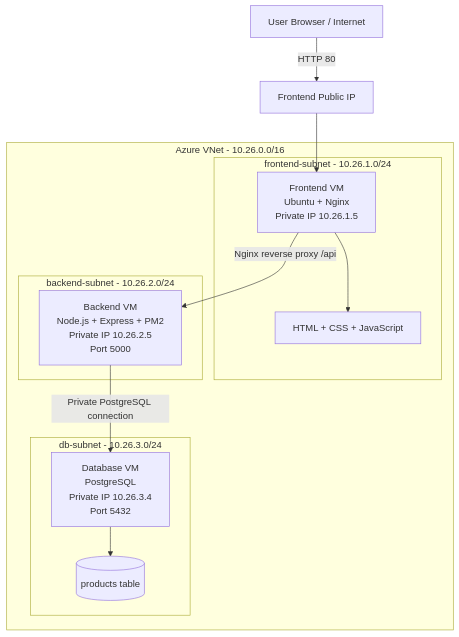
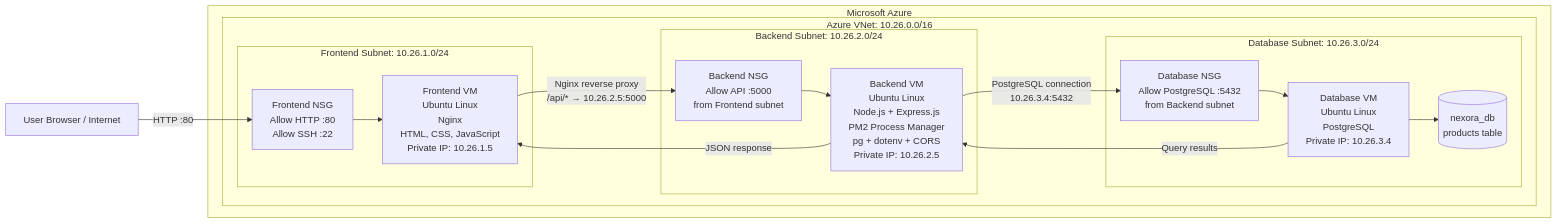
The diagram in README.md (jayvaisakh/nexora-azure-3tier-project), drawn with Mermaid before and after one commit.

Commit message:
Update architecture diagram to improve clarity

````diff
--- a/README.md
+++ b/README.md
@@ -20,27 +20,35 @@
 ```mermaid
-flowchart TD
-    USER[User Browser / Internet]
-    PIP[Frontend Public IP]
+flowchart LR
+    USER["User Browser / Internet"]
 
-    subgraph AZURE[Azure VNet - 10.26.0.0/16]
-        subgraph FRONTEND[frontend-subnet - 10.26.1.0/24]
-            FVM[Frontend VM\nUbuntu + Nginx\nPrivate IP 10.26.1.5]
-            UI[HTML + CSS + JavaScript]
-            FVM --> UI
-        end
+    subgraph AZURE["Microsoft Azure"]
+        subgraph VNET["Azure VNet: 10.26.0.0/16"]
 
-        subgraph BACKEND[backend-subnet - 10.26.2.0/24]
-            BVM[Backend VM\nNode.js + Express + PM2\nPrivate IP 10.26.2.5\nPort 5000]
-        end
+            subgraph FRONTEND_SUBNET["Frontend Subnet: 10.26.1.0/24"]
+                FRONTEND_NSG["Frontend NSG<br/>Allow HTTP :80<br/>Allow SSH :22"]
+                FRONTEND["Frontend VM<br/>Ubuntu Linux<br/>Nginx<br/>HTML, CSS, JavaScript<br/>Private IP: 10.26.1.5"]
+                FRONTEND_NSG --> FRONTEND
+            end
 
-        subgraph DATABASE[db-subnet - 10.26.3.0/24]
-            DVM[Database VM\nPostgreSQL\nPrivate IP 10.26.3.4\nPort 5432]
-            PRODUCTS[(products table)]
-            DVM --> PRODUCTS
+            subgraph BACKEND_SUBNET["Backend Subnet: 10.26.2.0/24"]
+                BACKEND_NSG["Backend NSG<br/>Allow API :5000<br/>from Frontend subnet"]
+                BACKEND["Backend VM<br/>Ubuntu Linux<br/>Node.js + Express.js<br/>PM2 Process Manager<br/>pg + dotenv + CORS<br/>Private IP: 10.26.2.5"]
+                BACKEND_NSG --> BACKEND
+            end
+
+            subgraph DB_SUBNET["Database Subnet: 10.26.3.0/24"]
+                DB_NSG["Database NSG<br/>Allow PostgreSQL :5432<br/>from Backend subnet"]
+                DATABASE["Database VM<br/>Ubuntu Linux<br/>PostgreSQL<br/>Private IP: 10.26.3.4"]
+                PRODUCTS[("nexora_db<br/>products table")]
+                DB_NSG --> DATABASE
+                DATABASE --> PRODUCTS
+            end
         end
     end
 
-    USER -->|HTTP 80| PIP --> FVM
-    FVM -->|Nginx reverse proxy /api| BVM
-    BVM -->|Private PostgreSQL connection| DVM
+    USER -->|"HTTP :80"| FRONTEND_NSG
+    FRONTEND -->|"Nginx reverse proxy<br/>/api/* → 10.26.2.5:5000"| BACKEND_NSG
+    BACKEND -->|"PostgreSQL connection<br/>10.26.3.4:5432"| DB_NSG
+    DATABASE -->|"Query results"| BACKEND
+    BACKEND -->|"JSON response"| FRONTEND
 ```
````
